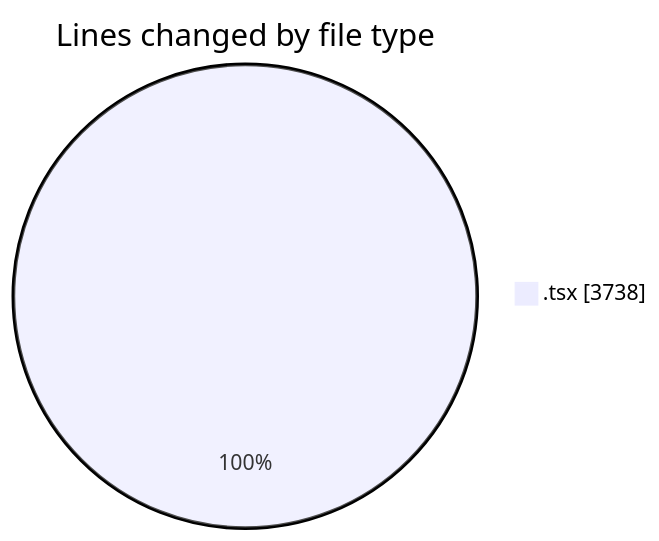
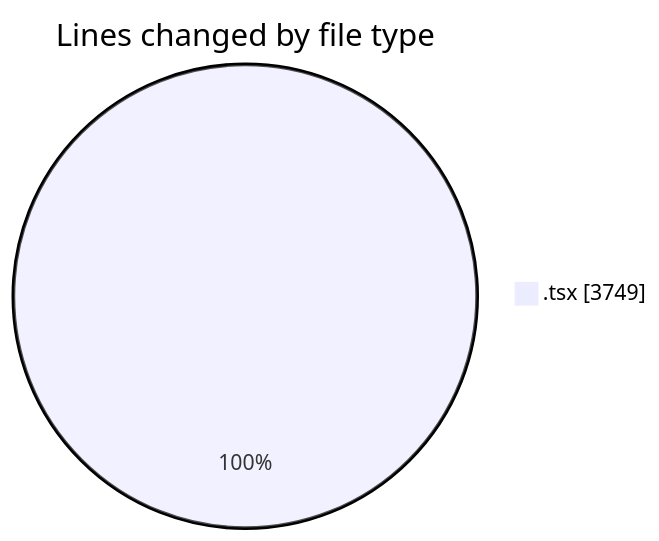
The first of 2 diagrams in 2026-04-01/nxtqube_webapp/README.md (nxtqubesakshisongat/code-tracking), drawn with Mermaid before and after one commit. The commit also changed other lines of this file and 1 other file, not shown here.

````diff
--- a/2026-04-01/nxtqube_webapp/README.md
+++ b/2026-04-01/nxtqube_webapp/README.md
@@ -21,5 +21,5 @@
 ```mermaid
 pie showData
 title Lines changed by file type
-".tsx" : 3738
+".tsx" : 3749
 ```
````
